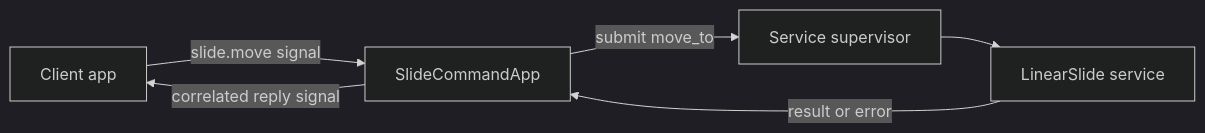
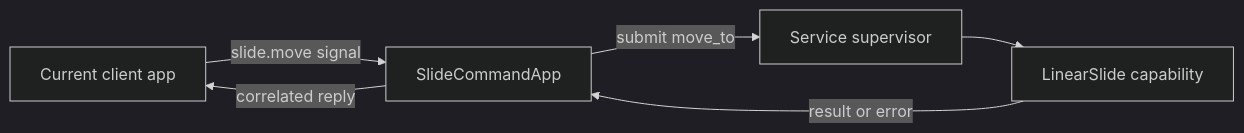
Before and after one commit to ROSMicroPy/RobotPrimitivesStack: the diagram in docs/content/concepts.md, drawn with Mermaid (dark theme). The commit also changed other lines of this file and 43 other files, not shown here.

````diff
--- a/docs/content/concepts.md
+++ b/docs/content/concepts.md
@@ -25,8 +49,8 @@
 ```mermaid
 flowchart LR
-    Client[Client app] -->|slide.move signal| Handler[SlideCommandApp]
+    Client[Current client app] -->|slide.move signal| Handler[SlideCommandApp]
     Handler -->|submit move_to| Supervisor[Service supervisor]
-    Supervisor --> Slide[LinearSlide service]
+    Supervisor --> Slide[LinearSlide capability]
     Slide -->|result or error| Handler
-    Handler -->|correlated reply signal| Client
+    Handler -->|correlated reply| Client
 ```
````
